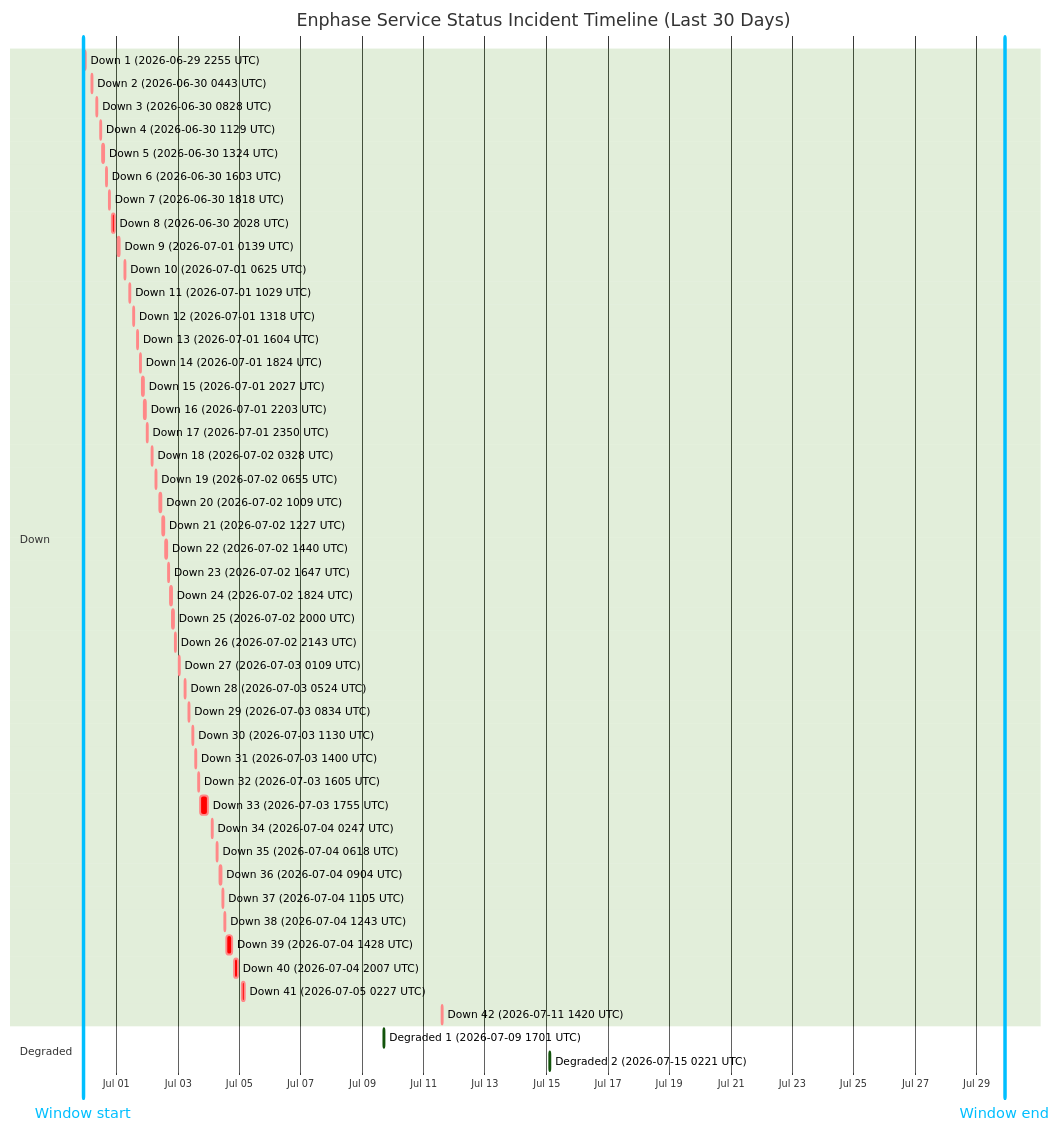
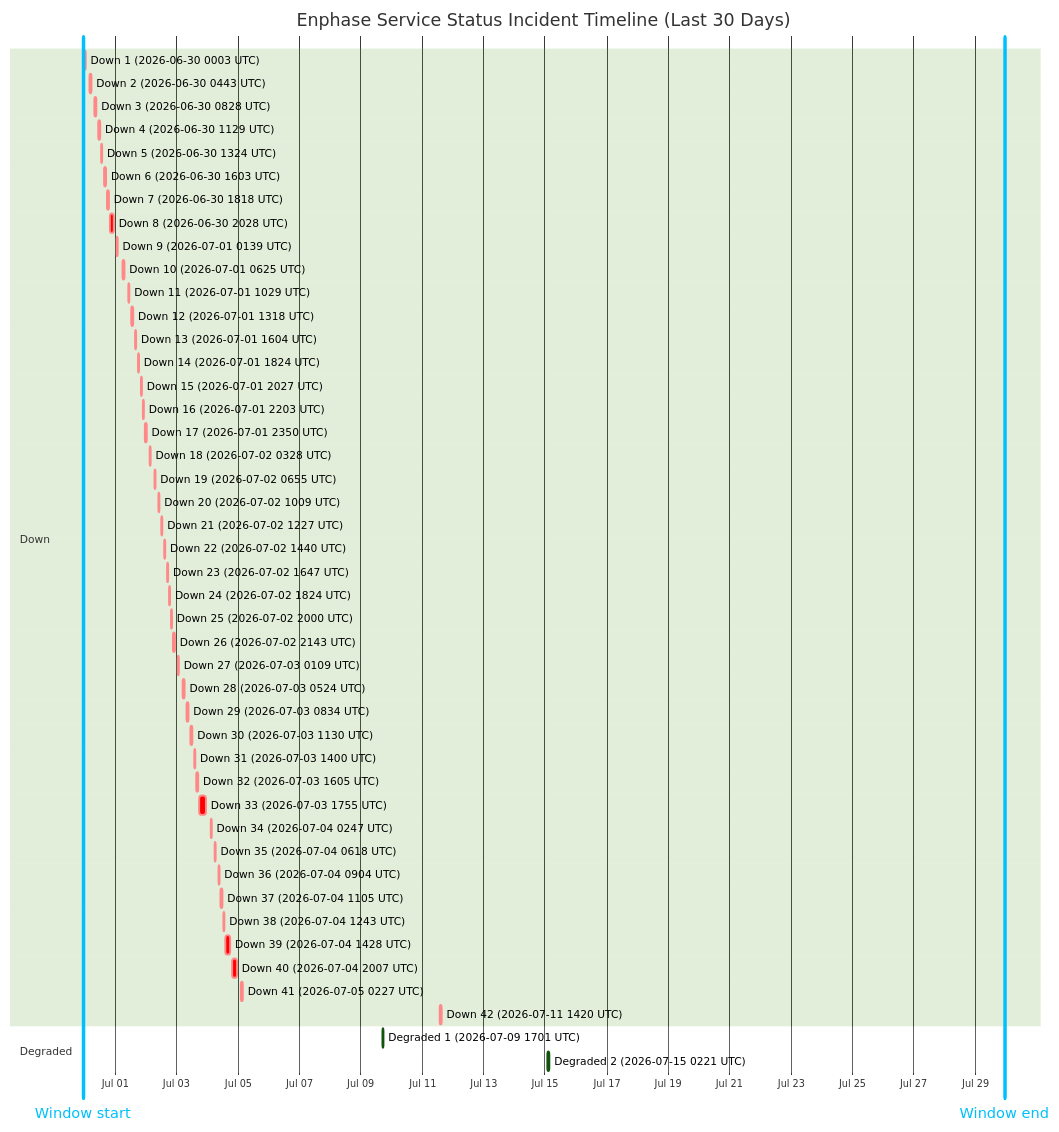
The diagram in wiki/Service-Status-History.md (barneyonline/ha-enphase-energy), drawn with Mermaid (forest theme) before and after one commit. The commit also changed other lines of this file and 3 other files, not shown here.

````diff
--- a/wiki/Service-Status-History.md
+++ b/wiki/Service-Status-History.md
@@ -14,54 +14,54 @@
 ```mermaid
 gantt
     title Enphase Service Status Incident Timeline (Last 30 Days)
     dateFormat  YYYY-MM-DDTHH:mm:ss
     axisFormat  %b %d
-    Window start :vert, window-start, 2026-06-29T21:59:41, 0ms
-    Window end :vert, window-end, 2026-07-29T21:59:41, 0ms
+    Window start :vert, window-start, 2026-06-29T23:05:56, 0ms
+    Window end :vert, window-end, 2026-07-29T23:05:56, 0ms
     section Down
-    Down 1 (2026-06-29 2255 UTC) :crit, down-1, 2026-06-29T22:55:43, 68m
+    Down 1 (2026-06-30 0003 UTC) :crit, down-1, 2026-06-30T00:03:59, 60m
     Down 2 (2026-06-30 0443 UTC) :crit, down-2, 2026-06-30T04:43:54, 60m
     Down 3 (2026-06-30 0828 UTC) :crit, down-3, 2026-06-30T08:28:43, 60m
     Down 4 (2026-06-30 1129 UTC) :crit, down-4, 2026-06-30T11:29:15, 60m
     Down 5 (2026-06-30 1324 UTC) :crit, down-5, 2026-06-30T13:24:25, 60m
     Down 6 (2026-06-30 1603 UTC) :crit, down-6, 2026-06-30T16:03:26, 60m
     Down 7 (2026-06-30 1818 UTC) :crit, down-7, 2026-06-30T18:18:39, 60m
     Down 8 (2026-06-30 2028 UTC) :crit, down-8, 2026-06-30T20:28:54, 171m
     Down 9 (2026-07-01 0139 UTC) :crit, down-9, 2026-07-01T01:39:18, 60m
     Down 10 (2026-07-01 0625 UTC) :crit, down-10, 2026-07-01T06:25:35, 60m
     Down 11 (2026-07-01 1029 UTC) :crit, down-11, 2026-07-01T10:29:24, 60m
     Down 12 (2026-07-01 1318 UTC) :crit, down-12, 2026-07-01T13:18:31, 60m
     Down 13 (2026-07-01 1604 UTC) :crit, down-13, 2026-07-01T16:04:29, 60m
     Down 14 (2026-07-01 1824 UTC) :crit, down-14, 2026-07-01T18:24:21, 60m
     Down 15 (2026-07-01 2027 UTC) :crit, down-15, 2026-07-01T20:27:17, 60m
     Down 16 (2026-07-01 2203 UTC) :crit, down-16, 2026-07-01T22:03:46, 60m
     Down 17 (2026-07-01 2350 UTC) :crit, down-17, 2026-07-01T23:50:52, 60m
     Down 18 (2026-07-02 0328 UTC) :crit, down-18, 2026-07-02T03:28:33, 60m
     Down 19 (2026-07-02 0655 UTC) :crit, down-19, 2026-07-02T06:55:07, 60m
     Down 20 (2026-07-02 1009 UTC) :crit, down-20, 2026-07-02T10:09:15, 60m
     Down 21 (2026-07-02 1227 UTC) :crit, down-21, 2026-07-02T12:27:49, 60m
     Down 22 (2026-07-02 1440 UTC) :crit, down-22, 2026-07-02T14:40:53, 60m
     Down 23 (2026-07-02 1647 UTC) :crit, down-23, 2026-07-02T16:47:47, 60m
     Down 24 (2026-07-02 1824 UTC) :crit, down-24, 2026-07-02T18:24:26, 60m
     Down 25 (2026-07-02 2000 UTC) :crit, down-25, 2026-07-02T20:00:57, 60m
     Down 26 (2026-07-02 2143 UTC) :crit, down-26, 2026-07-02T21:43:52, 80m
     Down 27 (2026-07-03 0109 UTC) :crit, down-27, 2026-07-03T01:09:19, 60m
     Down 28 (2026-07-03 0524 UTC) :crit, down-28, 2026-07-03T05:24:23, 60m
     Down 29 (2026-07-03 0834 UTC) :crit, down-29, 2026-07-03T08:34:05, 60m
     Down 30 (2026-07-03 1130 UTC) :crit, down-30, 2026-07-03T11:30:41, 60m
     Down 31 (2026-07-03 1400 UTC) :crit, down-31, 2026-07-03T14:00:48, 60m
     Down 32 (2026-07-03 1605 UTC) :crit, down-32, 2026-07-03T16:05:49, 60m
     Down 33 (2026-07-03 1755 UTC) :crit, down-33, 2026-07-03T17:55:54, 338m
     Down 34 (2026-07-04 0247 UTC) :crit, down-34, 2026-07-04T02:47:22, 60m
     Down 35 (2026-07-04 0618 UTC) :crit, down-35, 2026-07-04T06:18:09, 60m
     Down 36 (2026-07-04 0904 UTC) :crit, down-36, 2026-07-04T09:04:41, 60m
     Down 37 (2026-07-04 1105 UTC) :crit, down-37, 2026-07-04T11:05:21, 60m
     Down 38 (2026-07-04 1243 UTC) :crit, down-38, 2026-07-04T12:43:25, 60m
     Down 39 (2026-07-04 1428 UTC) :crit, down-39, 2026-07-04T14:28:07, 243m
     Down 40 (2026-07-04 2007 UTC) :crit, down-40, 2026-07-04T20:07:50, 206m
     Down 41 (2026-07-05 0227 UTC) :crit, down-41, 2026-07-05T02:27:32, 109m
     Down 42 (2026-07-11 1420 UTC) :crit, down-42, 2026-07-11T14:20:54, 69m
     section Degraded
     Degraded 1 (2026-07-09 1701 UTC) :active, degraded-1, 2026-07-09T17:01:02, 60m
     Degraded 2 (2026-07-15 0221 UTC) :active, degraded-2, 2026-07-15T02:21:35, 60m
 ```
````
